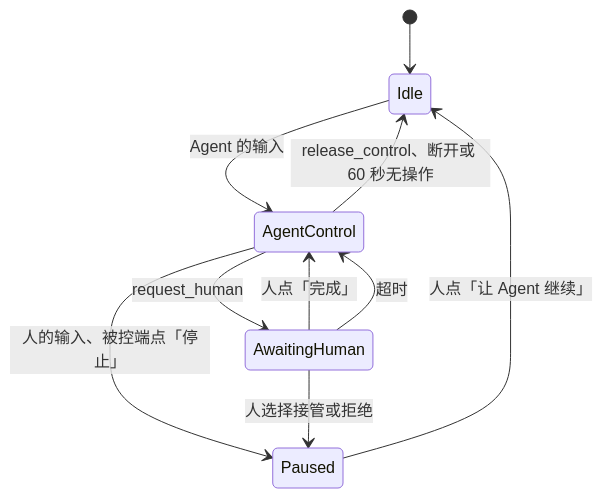
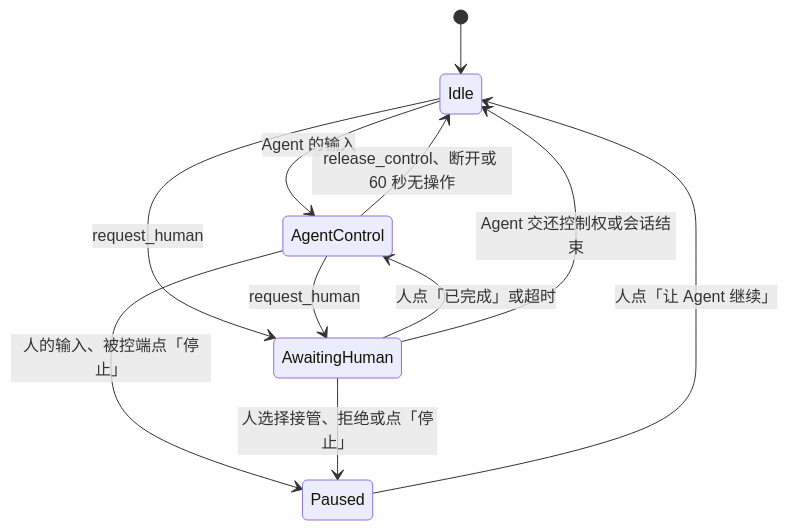
The diagram in docs/agent.md (Kizai/koko), drawn with Mermaid before and after one commit. The commit also changed other lines of this file and 16 other files, not shown here.

````diff
--- a/docs/agent.md
+++ b/docs/agent.md
@@ -79,12 +79,13 @@
 ```mermaid
 stateDiagram-v2
     [*] --> Idle
     Idle --> AgentControl: Agent 的输入
     AgentControl --> Idle: release_control、断开或 60 秒无操作
     AgentControl --> Paused: 人的输入、被控端点「停止」
+    Idle --> AwaitingHuman: request_human
     AgentControl --> AwaitingHuman: request_human
-    AwaitingHuman --> AgentControl: 人点「完成」
-    AwaitingHuman --> Paused: 人选择接管或拒绝
-    AwaitingHuman --> AgentControl: 超时
+    AwaitingHuman --> AgentControl: 人点「已完成」或超时
+    AwaitingHuman --> Paused: 人选择接管、拒绝或点「停止」
+    AwaitingHuman --> Idle: Agent 交还控制权或会话结束
     Paused --> Idle: 人点「让 Agent 继续」
 ```
````
